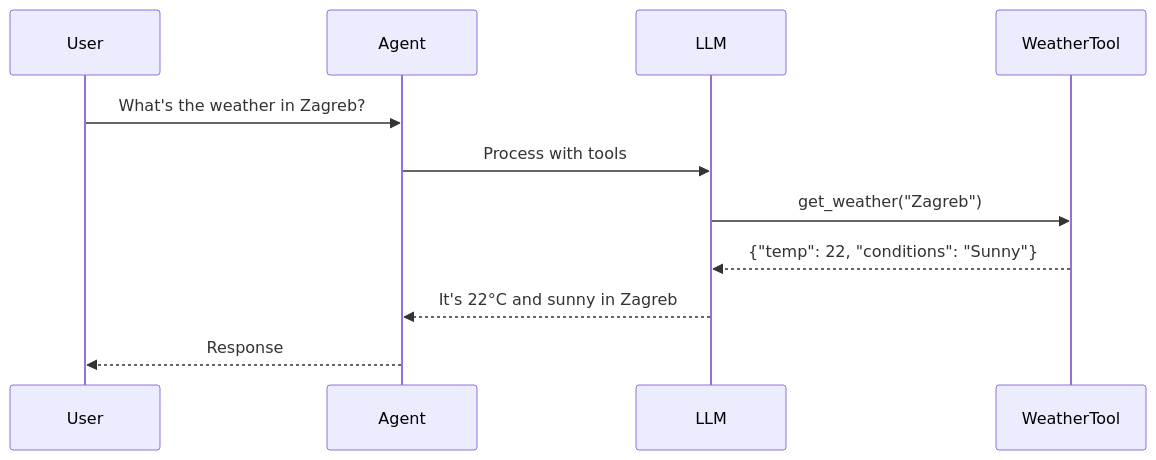
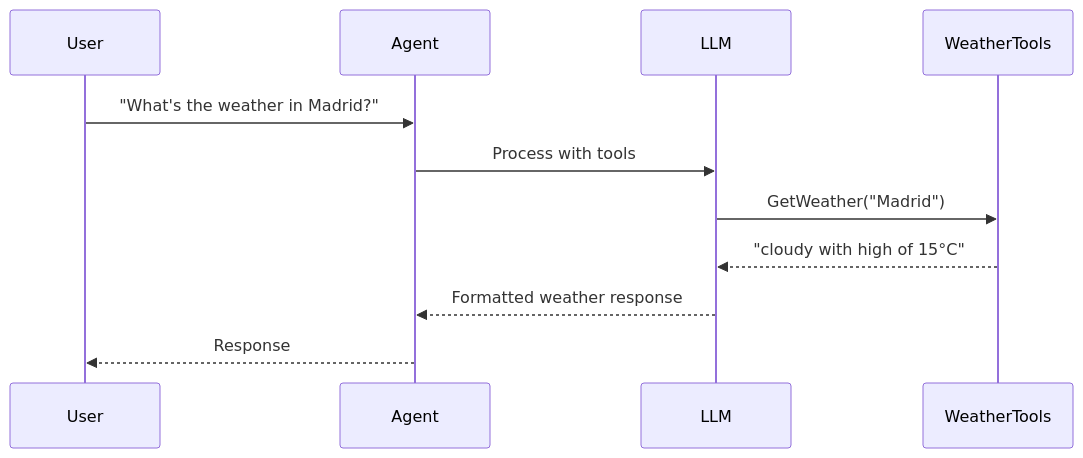
The fifth of 8 diagrams in docs/AI.Workshop.Console.Agents.md (mgliot/AI.Workshop), drawn with Mermaid before and after one commit. The commit also changed other lines of this file and 15 other files, not shown here.

````diff
--- a/docs/AI.Workshop.Console.Agents.md
+++ b/docs/AI.Workshop.Console.Agents.md
@@ -59,14 +124,14 @@
 ```mermaid
 sequenceDiagram
     participant User
     participant Agent
     participant LLM
-    participant WeatherTool
+    participant WeatherTools
     
-    User->>Agent: What's the weather in Zagreb?
+    User->>Agent: "What's the weather in Madrid?"
     Agent->>LLM: Process with tools
-    LLM->>WeatherTool: get_weather("Zagreb")
-    WeatherTool-->>LLM: {"temp": 22, "conditions": "Sunny"}
-    LLM-->>Agent: It's 22°C and sunny in Zagreb
+    LLM->>WeatherTools: GetWeather("Madrid")
+    WeatherTools-->>LLM: "cloudy with high of 15°C"
+    LLM-->>Agent: Formatted weather response
     Agent-->>User: Response
 ```
````
